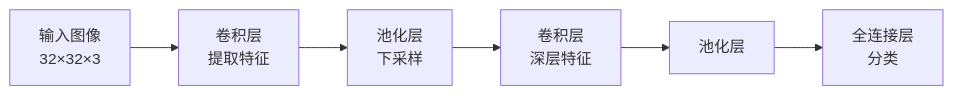
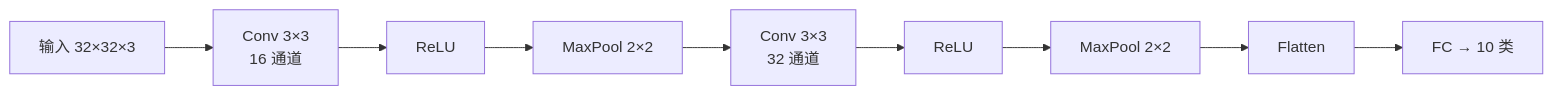
The diagram in src/content/docs/tutorials/deep-learning/cnn.mdx (hxjmmmm/thought-vectors), drawn with Mermaid before and after one commit. The commit also changed other lines of this file and 2 other files, not shown here.

````diff
--- a/src/content/docs/tutorials/deep-learning/cnn.mdx
+++ b/src/content/docs/tutorials/deep-learning/cnn.mdx
@@ -10,8 +10,11 @@
 ```mermaid
 flowchart LR
-    A[输入图像<br/>32×32×3] --> B[卷积层<br/>提取特征]
-    B --> C[池化层<br/>下采样]
-    C --> D[卷积层<br/>深层特征]
-    D --> E[池化层]
-    E --> F[全连接层<br/>分类]
+    A[输入 32×32×3] --> B[Conv 3×3<br/>16 通道]
+    B --> C[ReLU]
+    C --> D[MaxPool 2×2]
+    D --> E[Conv 3×3<br/>32 通道]
+    E --> F[ReLU]
+    F --> G[MaxPool 2×2]
+    G --> H[Flatten]
+    H --> I[FC → 10 类]
 ```
````
